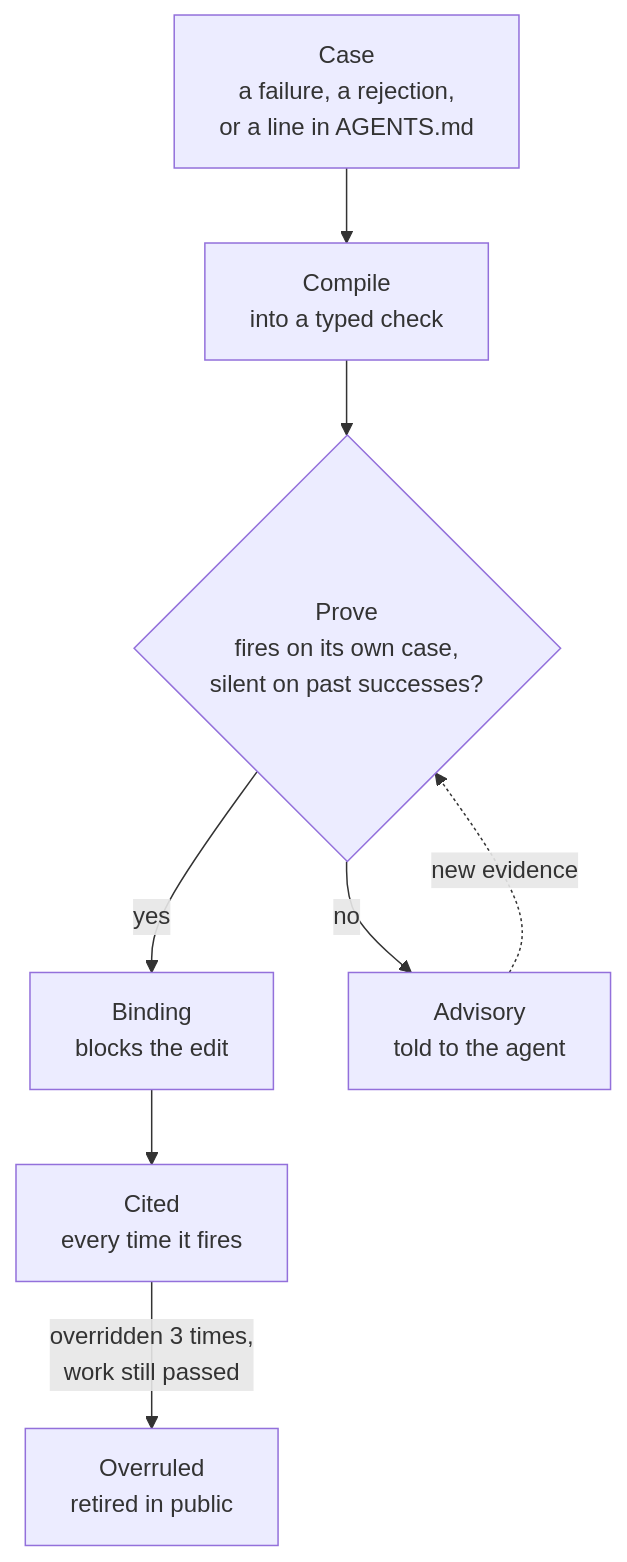
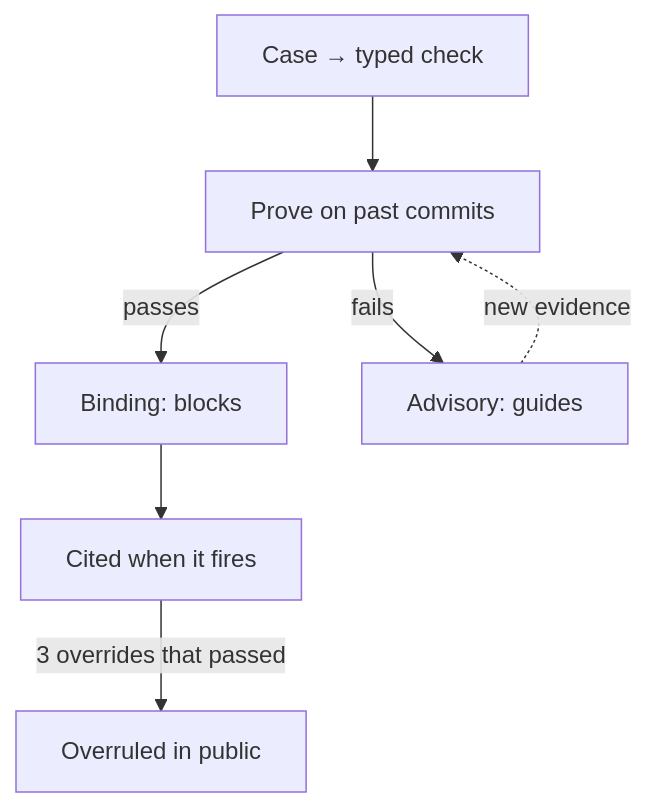
One commit to santoshcheethiralame-dot/INJUNCT changed the second of 2 diagrams in README.md. Above: the diagram before and after it, drawn with Mermaid. The commit also changed other lines of this file, not shown here.

Commit message:
Balance both diagrams: three even columns, and a compact rule lifecycle

````diff
--- a/README.md
+++ b/README.md
@@ -207,10 +206,9 @@
 ```mermaid
 flowchart TB
-    A["Case<br/>a failure, a rejection,<br/>or a line in AGENTS.md"] --> B["Compile<br/>into a typed check"]
-    B --> C{"Prove<br/>fires on its own case,<br/>silent on past successes?"}
-    C -- yes --> D["Binding<br/>blocks the edit"]
-    C -- no --> E["Advisory<br/>told to the agent"]
-    E -. "new evidence" .-> C
-    D --> F["Cited<br/>every time it fires"]
-    F -- "overridden 3 times,<br/>work still passed" --> G["Overruled<br/>retired in public"]
+    A["Case → typed check"] --> C["Prove on past commits"]
+    C -- passes --> D["Binding: blocks"]
+    C -- fails --> E["Advisory: guides"]
+    E -. new evidence .-> C
+    D --> F["Cited when it fires"]
+    F -- "3 overrides that passed" --> G["Overruled in public"]
 ```
````
